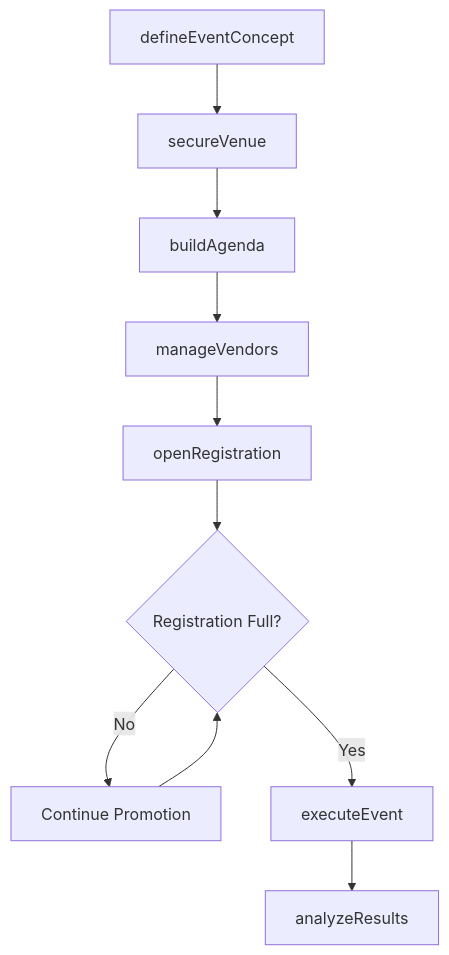
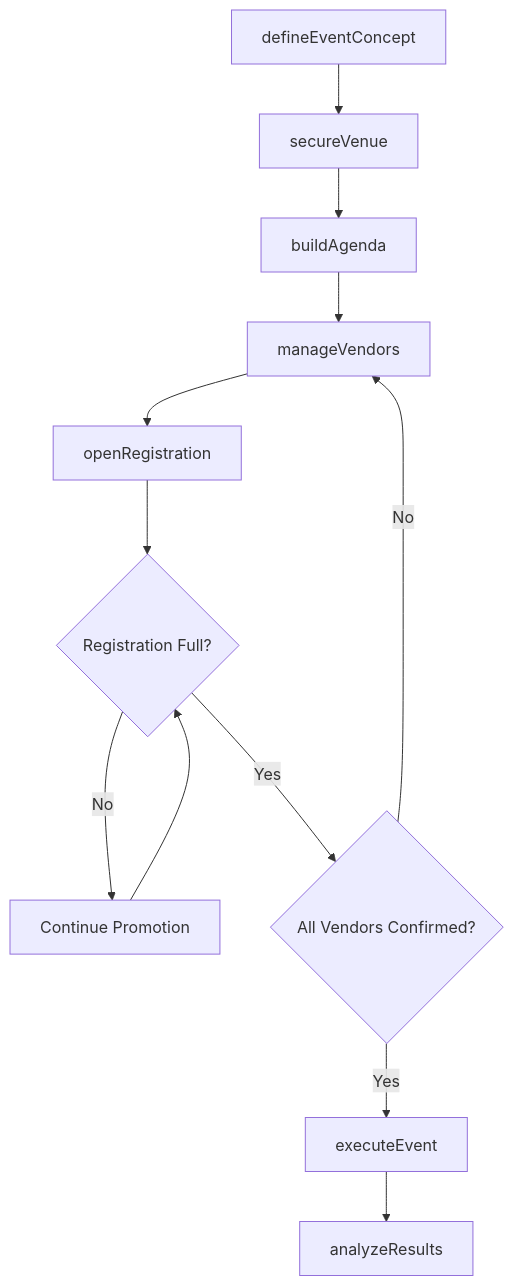
The third of 4 diagrams in OrganizingPlanningAndPrioritizingWork/PlanEventsOrPrograms/PlanConferencesProgramsSpecialEvents.mdx (dot-org-ai/tasks.org.ai), drawn with Mermaid before and after one commit. The commit also changed other lines of this file and 504 other files, not shown here.

First line of the commit message:
feat: Add ER diagrams, state diagrams, and workflow improvements to 96 DWA task files

````diff
--- a/OrganizingPlanningAndPrioritizingWork/PlanEventsOrPrograms/PlanConferencesProgramsSpecialEvents.mdx
+++ b/OrganizingPlanningAndPrioritizingWork/PlanEventsOrPrograms/PlanConferencesProgramsSpecialEvents.mdx
@@ -87,12 +114,14 @@
 ```mermaid
 graph TD
     A[defineEventConcept] --> B[secureVenue]
     B --> C[buildAgenda]
     C --> D[manageVendors]
     D --> E[openRegistration]
     E --> F{Registration Full?}
     F -->|No| G[Continue Promotion]
     G --> F
-    F -->|Yes| H[executeEvent]
-    H --> I[analyzeResults]
+    F -->|Yes| H{All Vendors Confirmed?}
+    H -->|No| D
+    H -->|Yes| I[executeEvent]
+    I --> J[analyzeResults]
 ```
````
